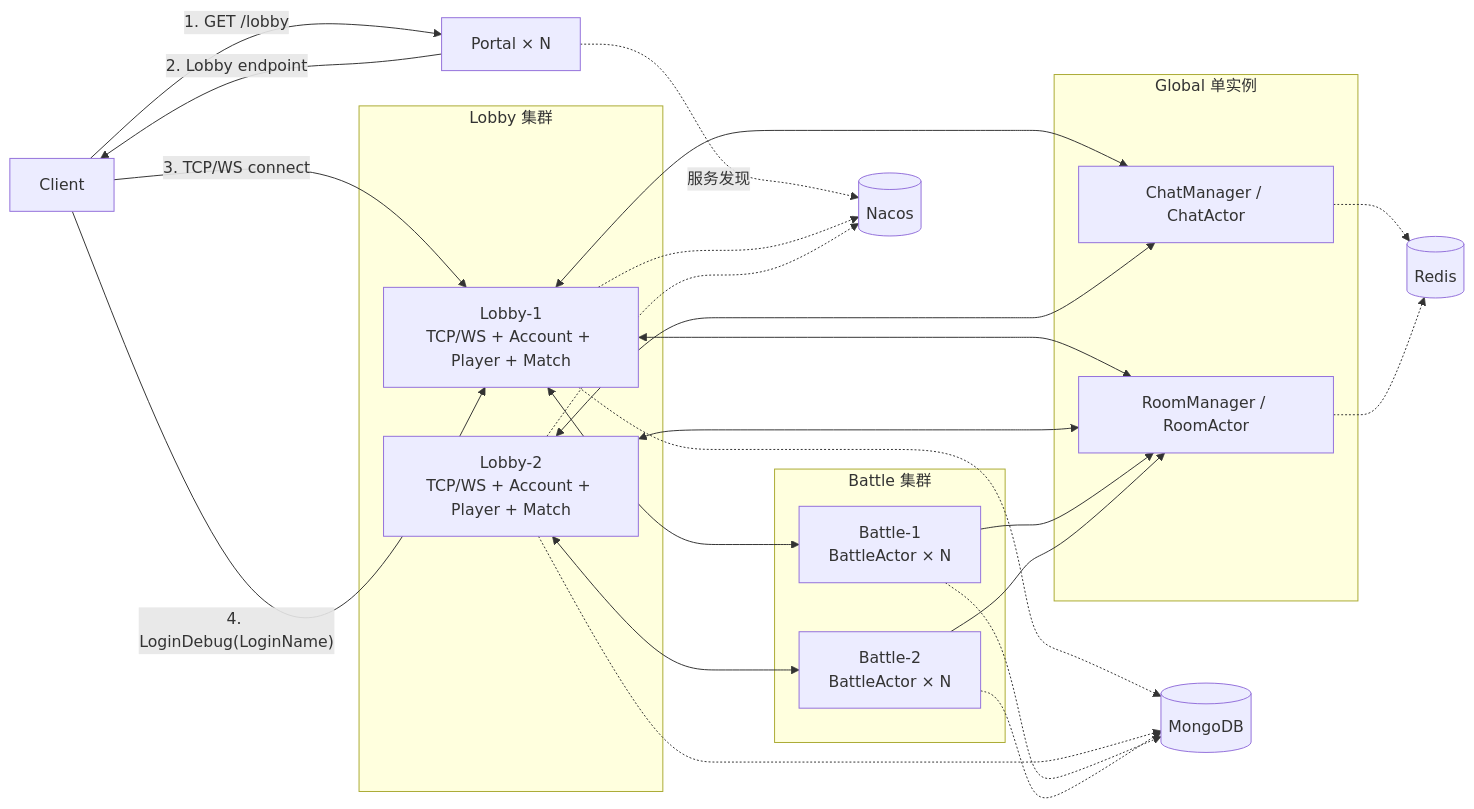
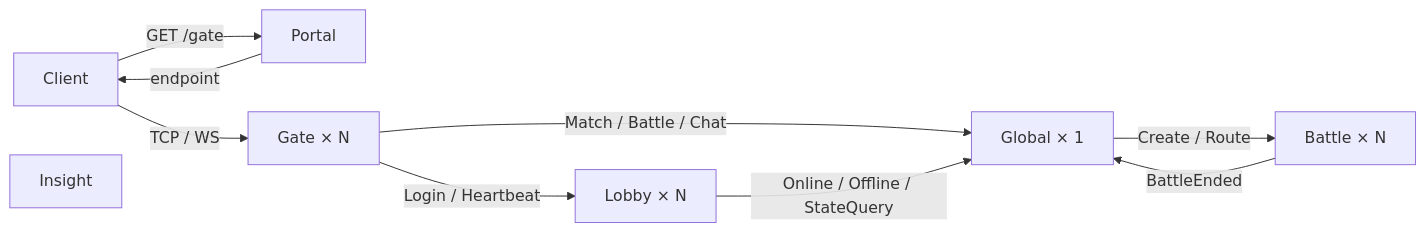
The first of 2 diagrams in doc/02_四类节点目标架构设计评审稿.md (132982jianan/JGameServer), drawn with Mermaid before and after one commit. The commit also changed other lines of this file and 130 other files, not shown here.

````diff
--- a/doc/02_四类节点目标架构设计评审稿.md
+++ b/doc/02_四类节点目标架构设计评审稿.md
@@ -135,43 +27,19 @@
 ```mermaid
 flowchart LR
     C[Client]
-    P[Portal × N]
+    P[Portal]
+    G[Gate × N]
+    L[Lobby × N]
+    GL[Global × 1]
+    B[Battle × N]
+    I[Insight]
 
-    subgraph Lobbies[Lobby 集群]
-        L1[Lobby-1\nTCP/WS + Account + Player + Match]
-        L2[Lobby-2\nTCP/WS + Account + Player + Match]
-    end
-
-    subgraph Globals[Global 单实例]
-        CM[ChatManager / ChatActor]
-        RM[RoomManager / RoomActor]
-    end
-
-    subgraph Battles[Battle 集群]
-        B1[Battle-1\nBattleActor × N]
-        B2[Battle-2\nBattleActor × N]
-    end
-
-    C -- "1. GET /lobby" --> P
-    P -- "2. Lobby endpoint" --> C
-    C -- "3. TCP/WS connect" --> L1
-    C -- "4. LoginDebug(LoginName)" --> L1
-    L1 <--> CM
-    L1 <--> RM
-    L1 <--> B1
-    L2 <--> CM
-    L2 <--> RM
-    L2 <--> B2
-    B1 --> RM
-    B2 --> RM
-
-    P -. "服务发现" .-> Nacos[(Nacos)]
-    L1 -.-> Nacos
-    L2 -.-> Nacos
-    CM -.-> Redis[(Redis)]
-    RM -.-> Redis
-    L1 -.-> Mongo[(MongoDB)]
-    L2 -.-> Mongo
-    B1 -.-> Mongo
-    B2 -.-> Mongo
+    C -- GET /gate --> P
+    P -- endpoint --> C
+    C -- TCP / WS --> G
+    G -- Login / Heartbeat --> L
+    G -- Match / Battle / Chat --> GL
+    L -- Online / Offline / StateQuery --> GL
+    GL -- Create / Route --> B
+    B -- BattleEnded --> GL
 ```
````
